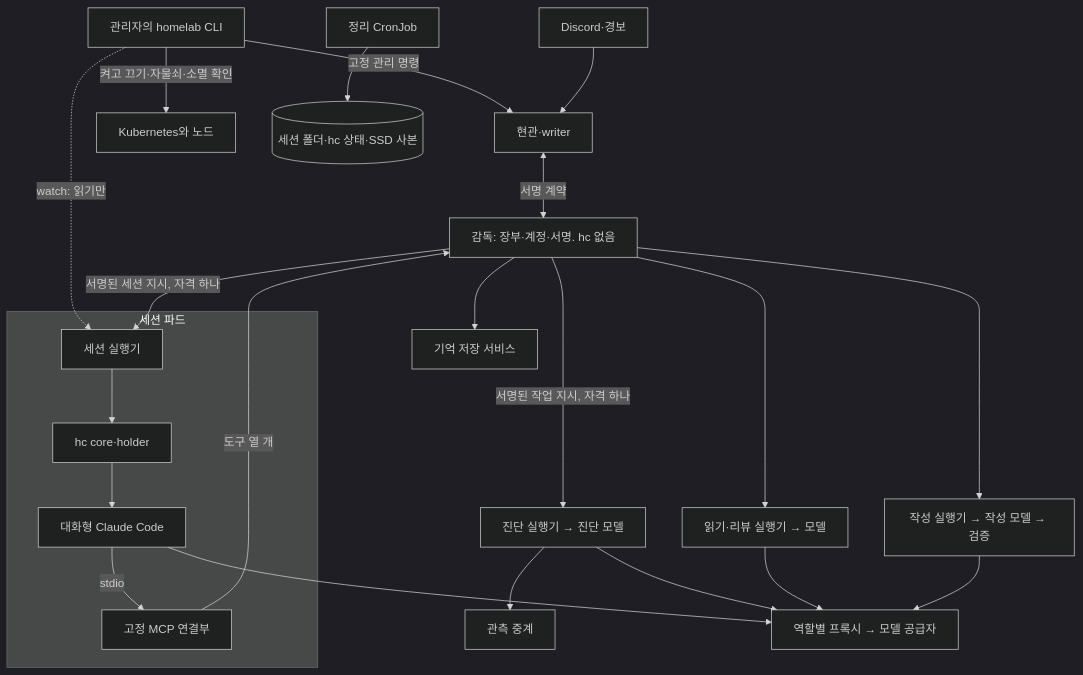
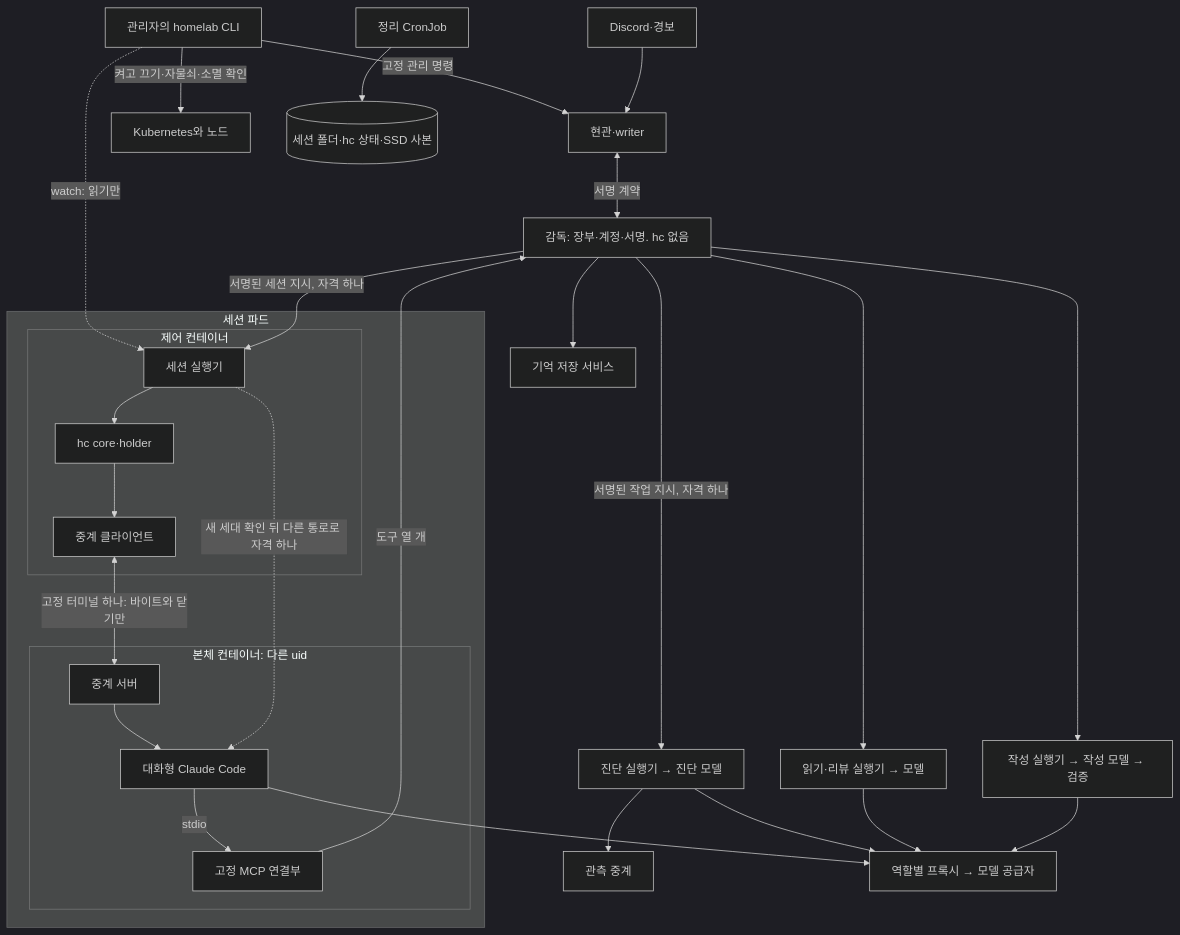
Before and after one commit to ukyi-app/homelab: the diagram in docs/plans/2026-11-13-olive/supervisor.md, drawn with Mermaid (dark theme). The commit also changed other lines of this file and 9 other files, not shown here.

````diff
--- a/docs/plans/2026-11-13-olive/supervisor.md
+++ b/docs/plans/2026-11-13-olive/supervisor.md
@@ -19,22 +20,29 @@
 ```mermaid
 flowchart TB
     CLI[관리자의 homelab CLI] -->|고정 관리 명령| F[현관·writer]
     CLI -->|켜고 끄기·자물쇠·소멸 확인| K[Kubernetes와 노드]
     CLI -.->|watch: 읽기만| SR
     D[Discord·경보] --> F
     F <-->|서명 계약| S[감독: 장부·계정·서명. hc 없음]
     subgraph session[세션 파드]
-      SR[세션 실행기] --> HC[hc core·holder]
-      HC --> O[대화형 Claude Code]
-      O -->|stdio| M[고정 MCP 연결부]
+      subgraph ctl[제어 컨테이너]
+        SR[세션 실행기] --> HC[hc core·holder]
+        HC --> RL[중계 클라이언트]
+      end
+      subgraph mainc[본체 컨테이너: 다른 uid]
+        RS[중계 서버] --> O[대화형 Claude Code]
+        O -->|stdio| M[고정 MCP 연결부]
+      end
+      RL <-->|고정 터미널 하나: 바이트와 닫기만| RS
+      SR -.->|새 세대 확인 뒤 다른 통로로 자격 하나| O
     end
     S -->|서명된 세션 지시, 자격 하나| SR
     M -->|도구 열 개| S
     S -->|서명된 작업 지시, 자격 하나| W1[진단 실행기 → 진단 모델]
     S --> W2[읽기·리뷰 실행기 → 모델]
     S --> W3[작성 실행기 → 작성 모델 → 검증]
     W1 --> R[관측 중계]
     S --> MM[기억 저장 서비스]
     O & W1 & W2 & W3 --> E[역할별 프록시 → 모델 공급자]
     C[정리 CronJob] --> ST[(세션 폴더·hc 상태·SSD 사본)]
 ```
````
